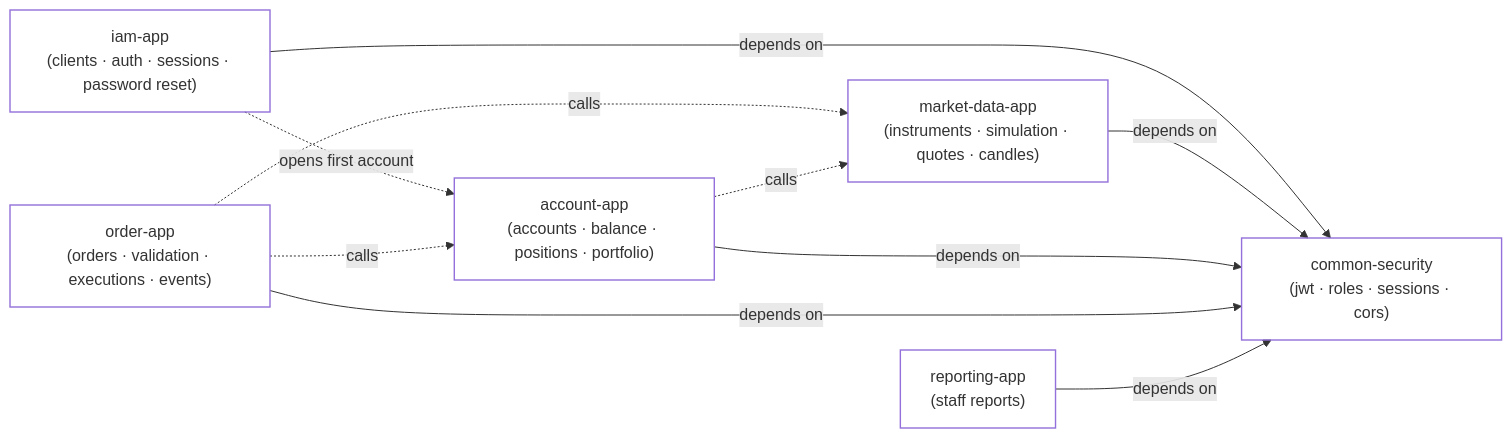
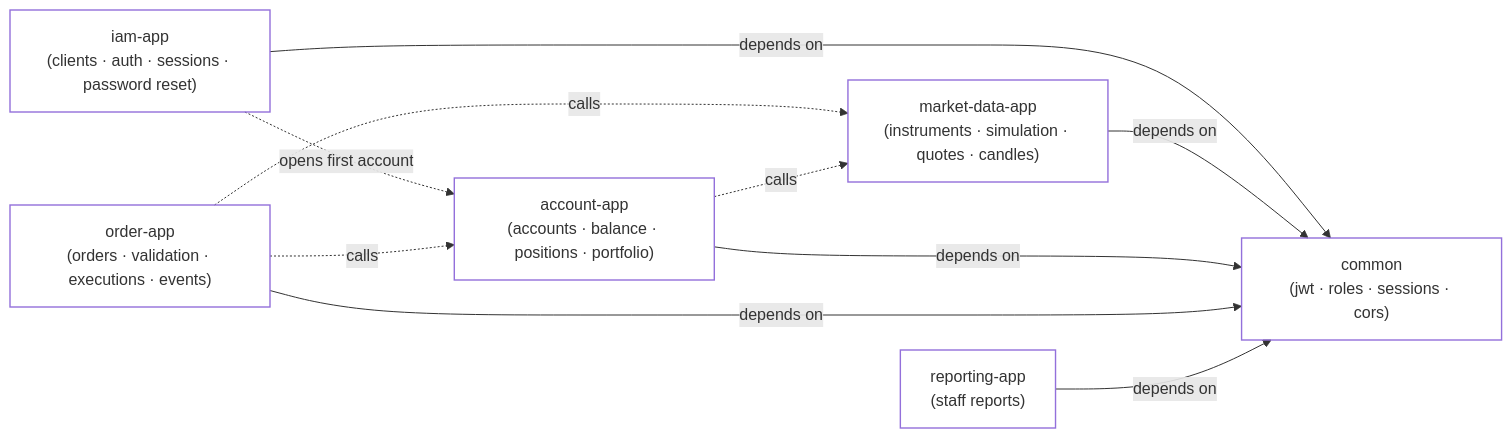
One commit to chrismuss04/leap-laugh-love changed the second of 8 diagrams in README.md. Above: the diagram before and after it, drawn with Mermaid. The commit also changed other lines of this file and 72 other files, not shown here.

First line of the commit message:
refactor: rename common-security to common and dedupe shared code

````diff
--- a/README.md
+++ b/README.md
@@ -220,19 +413,19 @@
 ```mermaid
 flowchart LR
     classDef mod fill:transparent,stroke-width:1.4px;
-    CS["common-security<br/>(jwt · roles · sessions · cors)"]:::mod
+    CS["common<br/>(jwt · roles · sessions · cors)"]:::mod
     IAM["iam-app<br/>(clients · auth · sessions · password reset)"]:::mod
     MD["market-data-app<br/>(instruments · simulation · quotes · candles)"]:::mod
     ACCT["account-app<br/>(accounts · balance · positions · portfolio)"]:::mod
     ORD["order-app<br/>(orders · validation · executions · events)"]:::mod
     REP["reporting-app<br/>(staff reports)"]:::mod
     IAM -- "depends on" --> CS
     MD -- "depends on" --> CS
     ACCT -- "depends on" --> CS
     ORD -- "depends on" --> CS
     REP -- "depends on" --> CS
     IAM -. "opens first account" .-> ACCT
     ORD -. "calls" .-> ACCT
     ORD -. "calls" .-> MD
     ACCT -. "calls" .-> MD
 ```
````
